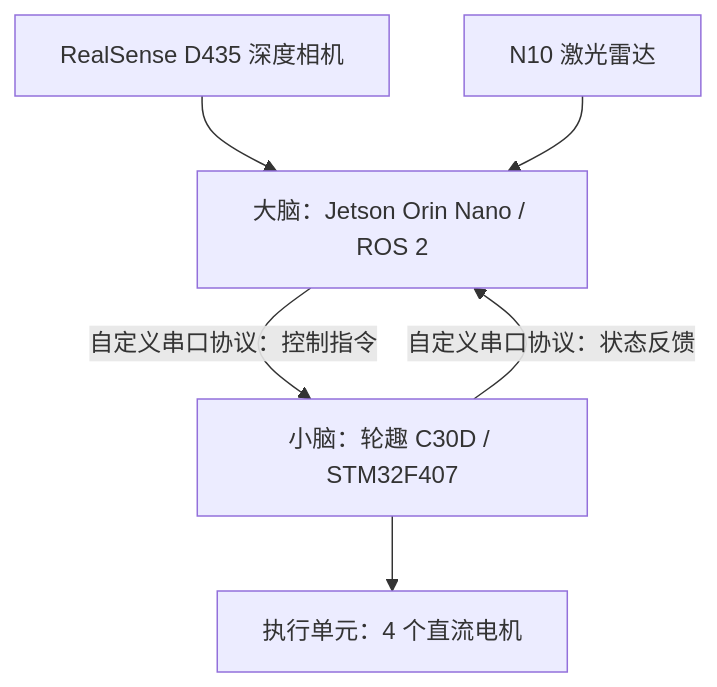
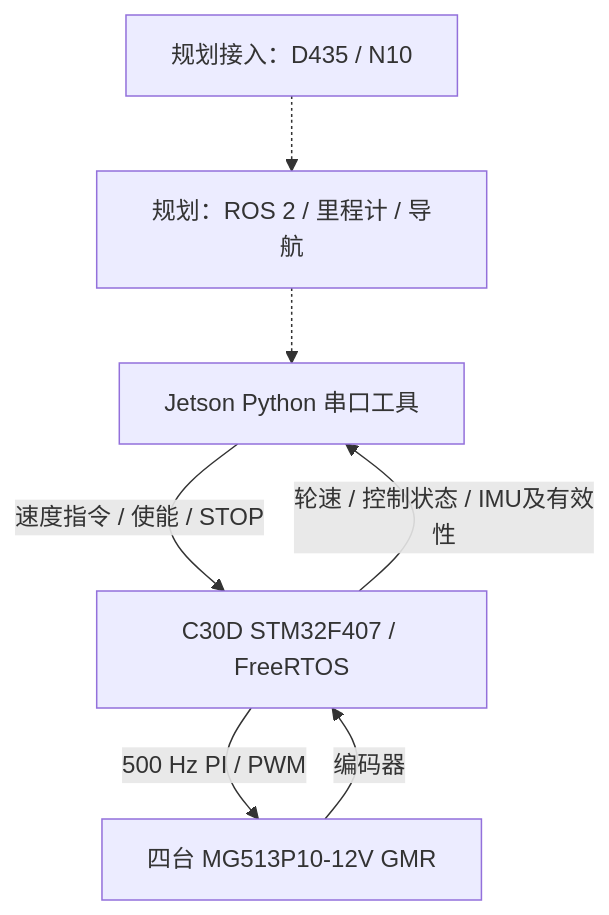
Before and after one commit to Stella-CN/NavBot: the diagram in README.md, drawn with Mermaid. The commit also changed other lines of this file and 4 other files, not shown here.

````diff
--- a/README.md
+++ b/README.md
@@ -9,10 +19,9 @@
 ```mermaid
 flowchart TB
-    Camera[RealSense D435 深度相机] --> Brain
-    Lidar[N10 激光雷达] --> Brain
-    Brain[大脑：Jetson Orin Nano / ROS 2]
-    Brain -->|自定义串口协议：控制指令| MCU
-    MCU -->|自定义串口协议：状态反馈| Brain
-    MCU[小脑：轮趣 C30D / STM32F407]
-    MCU --> Motors[执行单元：4 个直流电机]
+    Host[Jetson Python 串口工具] -->|速度指令 / 使能 / STOP| MCU[C30D STM32F407 / FreeRTOS]
+    MCU -->|轮速 / 控制状态 / IMU及有效性| Host
+    MCU -->|500 Hz PI / PWM| Motors[四台 MG513P10-12V GMR]
+    Motors -->|编码器| MCU
+    ROS[规划：ROS 2 / 里程计 / 导航] -.-> Host
+    Sensors[规划接入：D435 / N10] -.-> ROS
 ```
````
